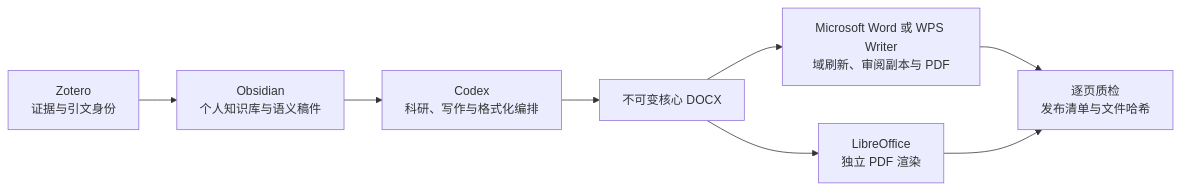
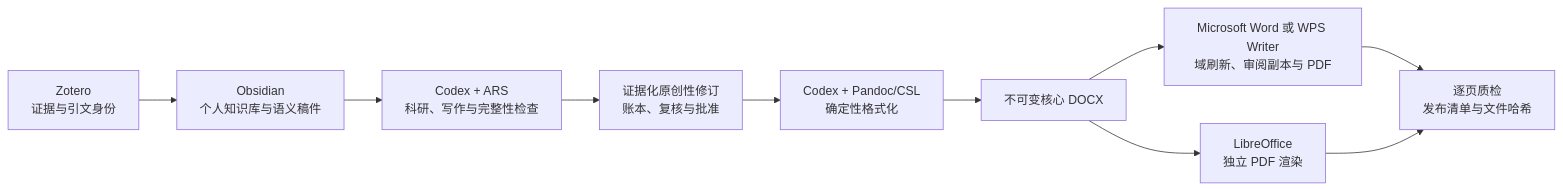
One commit to zdzZDZ123/zotero-obsidian-codex-word-wps-workflow changed the diagram in README.zh-CN.md. Above: the diagram before and after it, drawn with Mermaid. The commit also changed other lines of this file and 47 other files, not shown here.

````diff
--- a/README.zh-CN.md
+++ b/README.zh-CN.md
@@ -23,10 +26,12 @@
 ```mermaid
 flowchart LR
   Z["Zotero<br/>证据与引文身份"] --> O["Obsidian<br/>个人知识库与语义稿件"]
-  O --> C["Codex<br/>科研、写作与格式化编排"]
-  C --> D["不可变核心 DOCX"]
+  O --> C["Codex + ARS<br/>科研、写作与完整性检查"]
+  C --> R["证据化原创性修订<br/>账本、复核与批准"]
+  R --> F["Codex + Pandoc/CSL<br/>确定性格式化"]
+  F --> D["不可变核心 DOCX"]
   D --> E["Microsoft Word 或 WPS Writer<br/>域刷新、审阅副本与 PDF"]
   D --> L["LibreOffice<br/>独立 PDF 渲染"]
   E --> Q["逐页质检<br/>发布清单与文件哈希"]
   L --> Q
 ```
````
